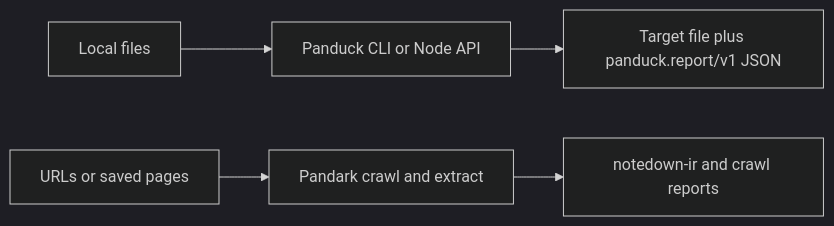
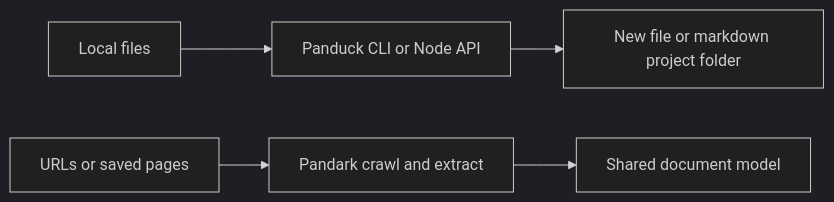
The diagram in readme.md (notedge/panduck), drawn with Mermaid (dark theme) before and after one commit. The commit also changed other lines of this file and 28 other files, not shown here.

````diff
--- a/readme.md
+++ b/readme.md
@@ -76,7 +93,7 @@
 ```mermaid
 flowchart LR
     files[Local files] --> panduck[Panduck CLI or Node API]
-    panduck --> out[Target file plus panduck.report/v1 JSON]
+    panduck --> out[New file or markdown project folder]
     pages[URLs or saved pages] --> pandark[Pandark crawl and extract]
-    pandark --> ir[notedown-ir and crawl reports]
+    pandark --> ir[Shared document model]
 ```
````
